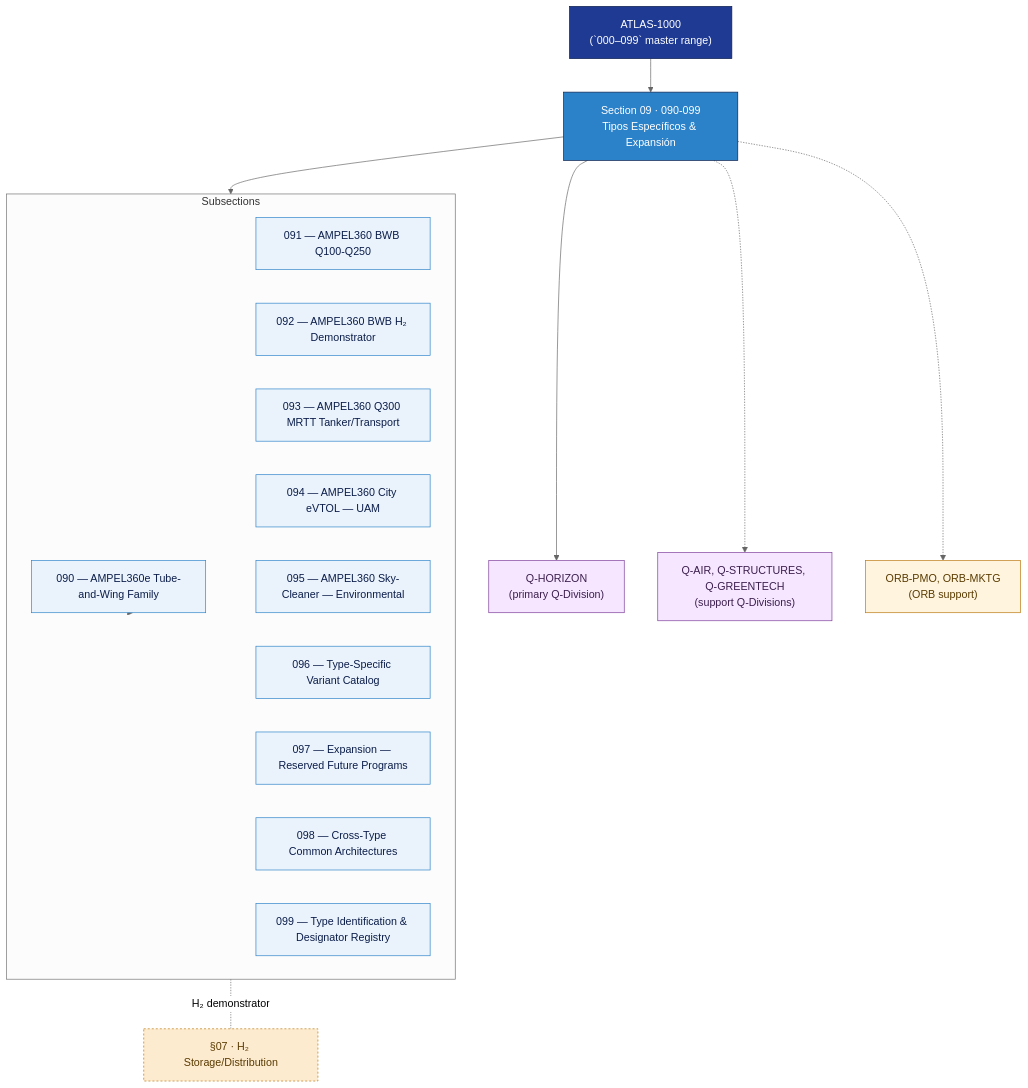
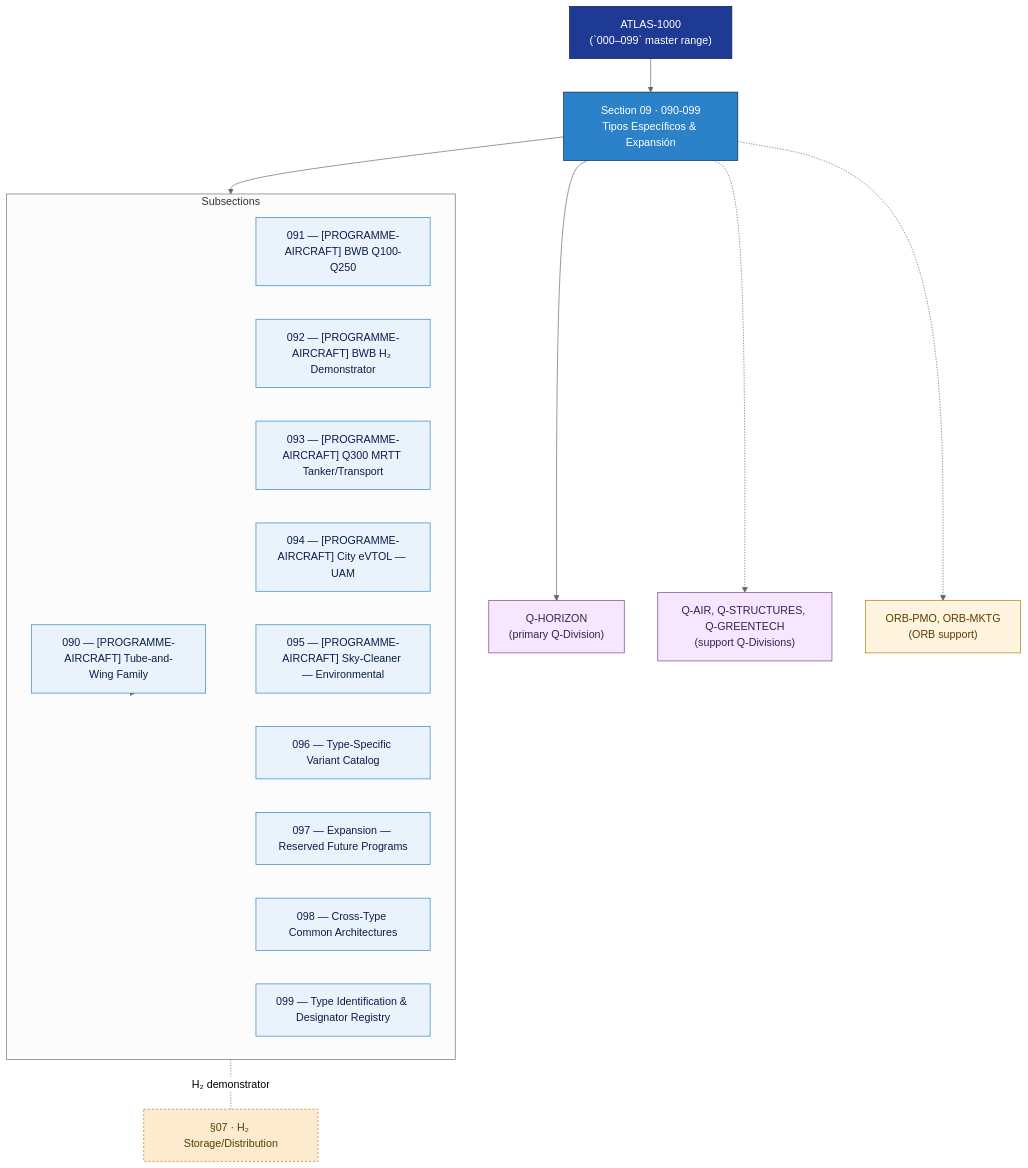
The diagram in Q+ATLANTIDE/000-099_ATLAS/090-099_Tipos-Especificos-y-Expansion/README.md (AmedeoPelliccia/Qplus-For-All-Queer-People-and-Quantum), drawn with Mermaid (neutral theme) before and after one commit. The commit also changed other lines of this file and 676 other files, not shown here.

First line of the commit message:
feat: de-programmatize all ATLAS standard files — remove AMPEL360E/eWTW programme content

````diff
--- a/Q+ATLANTIDE/000-099_ATLAS/090-099_Tipos-Especificos-y-Expansion/README.md
+++ b/Q+ATLANTIDE/000-099_ATLAS/090-099_Tipos-Especificos-y-Expansion/README.md
@@ -55,49 +57,49 @@
 ```mermaid
 flowchart TB
     PARENT["ATLAS-1000<br/>(`000–099` master range)"]:::parent
     SEC["Section 09 · 090-099<br/>Tipos Específicos & Expansión"]:::sec
     PARENT --> SEC
 
     subgraph SUBS["Subsections"]
         direction LR
-        SUB_090["090 — AMPEL360e Tube-and-Wing Family"]:::sub
-        SUB_091["091 — AMPEL360 BWB Q100-Q250"]:::sub
-        SUB_092["092 — AMPEL360 BWB H₂ Demonstrator"]:::sub
-        SUB_093["093 — AMPEL360 Q300 MRTT Tanker/Transport"]:::sub
-        SUB_094["094 — AMPEL360 City eVTOL — UAM"]:::sub
-        SUB_095["095 — AMPEL360 Sky-Cleaner — Environmental"]:::sub
+        SUB_090["090 — [PROGRAMME-AIRCRAFT] Tube-and-Wing Family"]:::sub
+        SUB_091["091 — [PROGRAMME-AIRCRAFT] BWB Q100-Q250"]:::sub
+        SUB_092["092 — [PROGRAMME-AIRCRAFT] BWB H₂ Demonstrator"]:::sub
+        SUB_093["093 — [PROGRAMME-AIRCRAFT] Q300 MRTT Tanker/Transport"]:::sub
+        SUB_094["094 — [PROGRAMME-AIRCRAFT] City eVTOL — UAM"]:::sub
+        SUB_095["095 — [PROGRAMME-AIRCRAFT] Sky-Cleaner — Environmental"]:::sub
         SUB_096["096 — Type-Specific Variant Catalog"]:::sub
         SUB_097["097 — Expansion — Reserved Future Programs"]:::sub
         SUB_098["098 — Cross-Type Common Architectures"]:::sub
         SUB_099["099 — Type Identification & Designator Registry"]:::sub
     end
     SEC --> SUBS
 
     QPRIM["Q-HORIZON<br/>(primary Q-Division)"]:::qdiv
     QSUPP["Q-AIR, Q-STRUCTURES, Q-GREENTECH<br/>(support Q-Divisions)"]:::qdiv
     ORB["ORB-PMO, ORB-MKTG<br/>(ORB support)"]:::orb
 
     SEC --> QPRIM
     SEC -.-> QSUPP
     SEC -.-> ORB
 
     SUBS --> SUB_090
     SUBS --> SUB_091
     SUBS --> SUB_092
     SUBS --> SUB_093
     SUBS --> SUB_094
     SUBS --> SUB_095
     SUBS --> SUB_096
     SUBS --> SUB_097
     SUBS --> SUB_098
     SUBS --> SUB_099
     EXT_S07["§07 · H₂ Storage/Distribution"]:::ext
     SUB_092 -. "H₂ demonstrator" .- EXT_S07
 
     classDef parent fill:#1f3a93,stroke:#0b1d4a,color:#fff
     classDef sec fill:#2c82c9,stroke:#0b1d4a,color:#fff
     classDef sub fill:#eaf3fb,stroke:#2c82c9,color:#0b1d4a
     classDef qdiv fill:#f6e6ff,stroke:#7d3c98,color:#3b1f4d
     classDef orb fill:#fff4dd,stroke:#b9770e,color:#5a3b00
     classDef ext fill:#fdebd0,stroke:#b9770e,color:#5a3b00,stroke-dasharray:3 3
 ```
````
